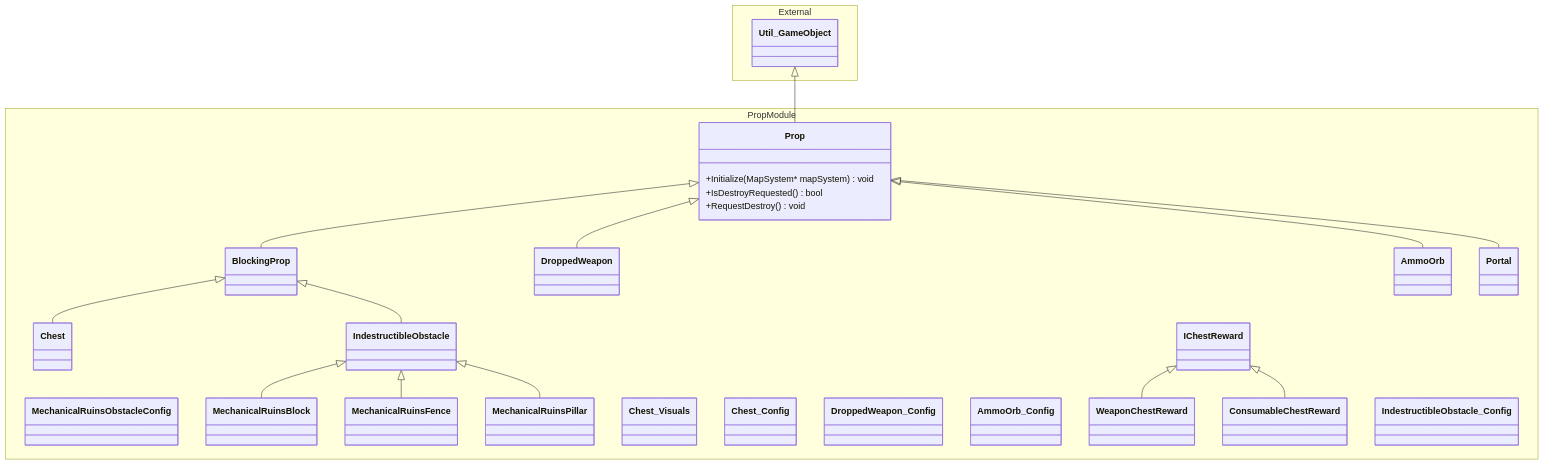
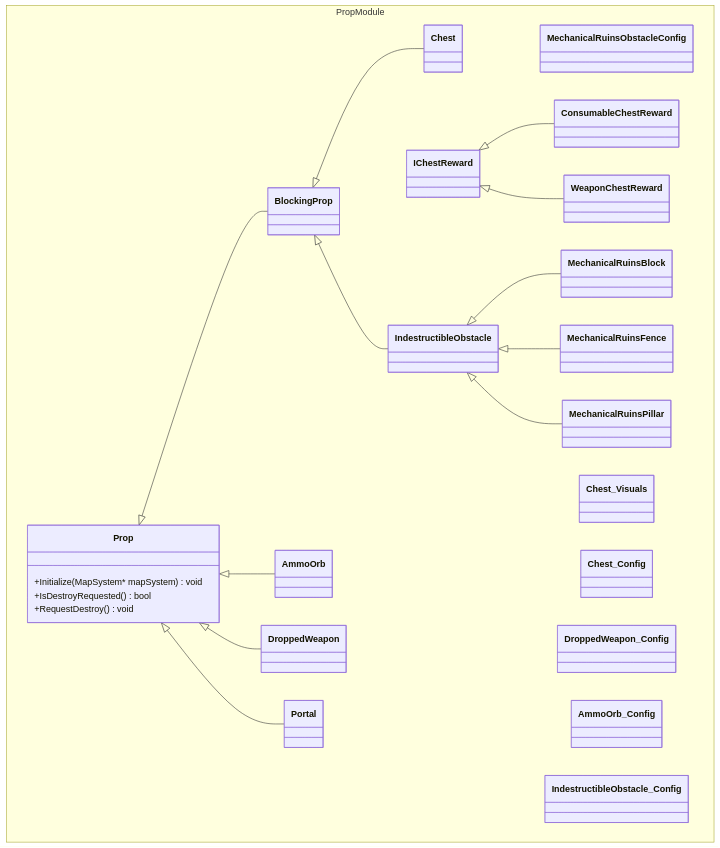
The sixth of 8 diagrams in README.md (2026-OOPL/final-report), drawn with Mermaid before and after one commit. The commit also changed other lines of this file, not shown here.

````diff
--- a/README.md
+++ b/README.md
@@ -270,43 +278,40 @@
 ```mermaid
 classDiagram
   namespace PropModule {
     class MechanicalRuinsObstacleConfig
     class MechanicalRuinsBlock
     class MechanicalRuinsFence
     class MechanicalRuinsPillar
     class Prop {
         +Initialize(MapSystem* mapSystem) void
         +IsDestroyRequested() bool
         +RequestDestroy() void
     }
     class BlockingProp
     class Chest_Visuals
     class Chest_Config
     class Chest
     class DroppedWeapon_Config
     class DroppedWeapon
     class AmmoOrb_Config
     class AmmoOrb
     class IChestReward
     class WeaponChestReward
     class ConsumableChestReward
     class IndestructibleObstacle_Config
     class IndestructibleObstacle
     class Portal
   }
-  namespace External {
-    class Util_GameObject
-  }
+
   BlockingProp <|-- Chest
   BlockingProp <|-- IndestructibleObstacle
   IChestReward <|-- ConsumableChestReward
   IChestReward <|-- WeaponChestReward
   IndestructibleObstacle <|-- MechanicalRuinsBlock
   IndestructibleObstacle <|-- MechanicalRuinsFence
   IndestructibleObstacle <|-- MechanicalRuinsPillar
   Prop <|-- AmmoOrb
   Prop <|-- BlockingProp
   Prop <|-- DroppedWeapon
   Prop <|-- Portal
-  Util_GameObject <|-- Prop
 ```
````
